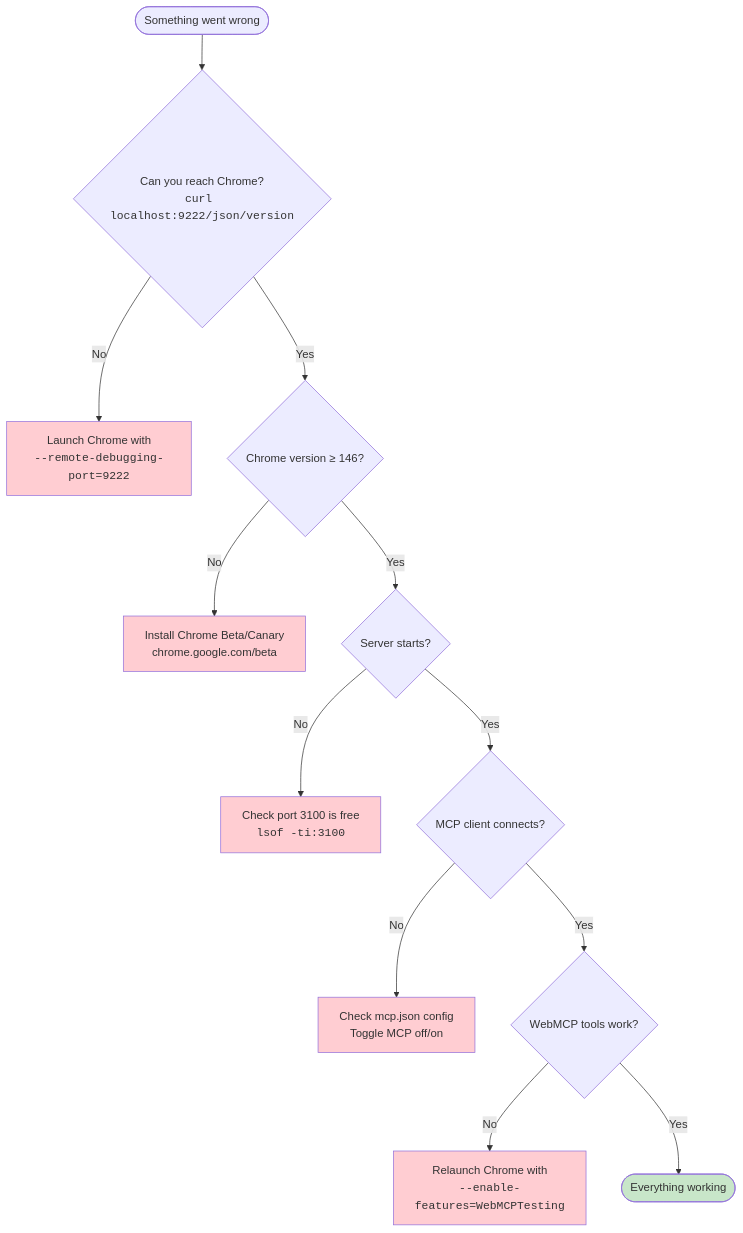
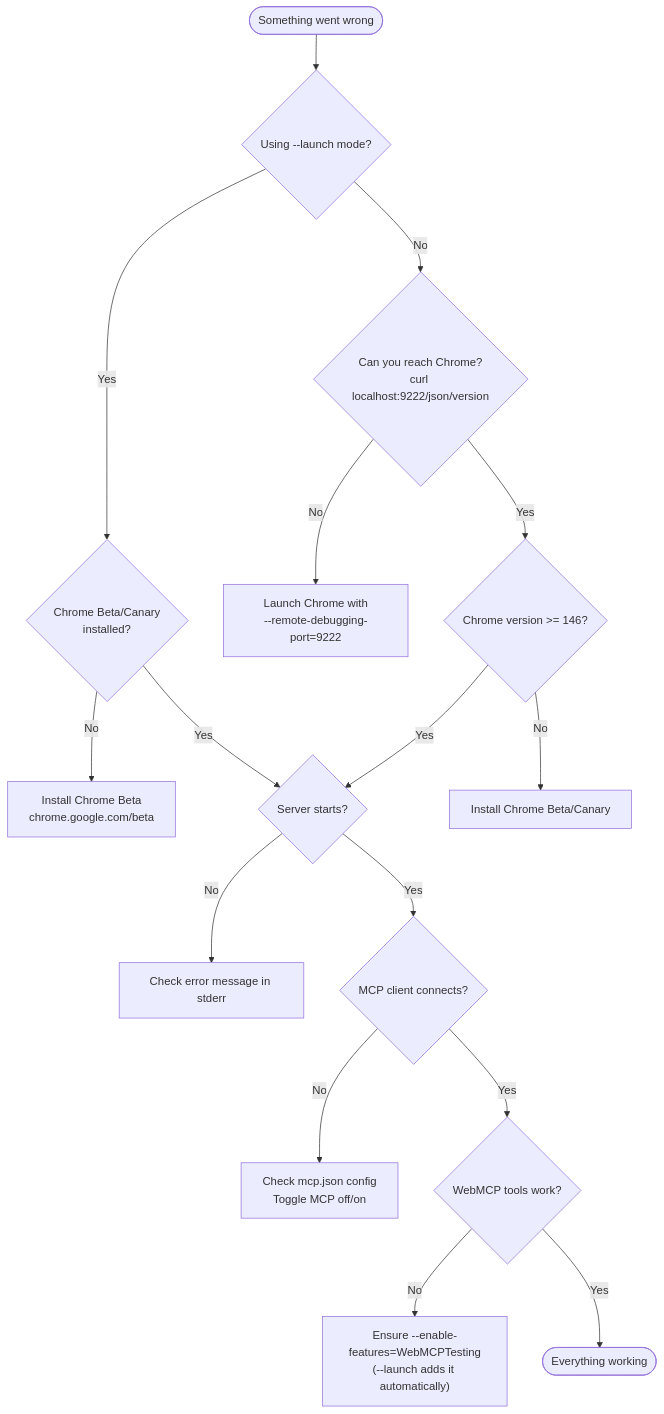
Before and after one commit to tech-sumit/ai-inspector-server: the fifth of 5 diagrams in README.md, drawn with Mermaid. The commit also changed other lines of this file and 12 other files, not shown here.

````diff
--- a/README.md
+++ b/README.md
@@ -478,21 +405,18 @@
 ```mermaid
 flowchart TD
-    Problem([Something went wrong]) --> Q1{"Can you reach Chrome?<br/><code>curl localhost:9222/json/version</code>"}
-    Q1 -- No --> F1["Launch Chrome with<br/><code>--remote-debugging-port=9222</code>"]
-    Q1 -- Yes --> Q2{"Chrome version ≥ 146?"}
-    Q2 -- No --> F2["Install Chrome Beta/Canary<br/>chrome.google.com/beta"]
+    Problem(["Something went wrong"]) --> Q0{"Using --launch mode?"}
+    Q0 -- Yes --> Q0a{"Chrome Beta/Canary<br/>installed?"}
+    Q0a -- No --> F0["Install Chrome Beta<br/>chrome.google.com/beta"]
+    Q0a -- Yes --> Q3
+    Q0 -- No --> Q1{"Can you reach Chrome?<br/>curl localhost:9222/json/version"}
+    Q1 -- No --> F1["Launch Chrome with<br/>--remote-debugging-port=9222"]
+    Q1 -- Yes --> Q2{"Chrome version >= 146?"}
+    Q2 -- No --> F2["Install Chrome Beta/Canary"]
     Q2 -- Yes --> Q3{"Server starts?"}
-    Q3 -- No --> F3["Check port 3100 is free<br/><code>lsof -ti:3100</code>"]
+    Q3 -- No --> F3["Check error message in stderr"]
     Q3 -- Yes --> Q4{"MCP client connects?"}
     Q4 -- No --> F4["Check mcp.json config<br/>Toggle MCP off/on"]
     Q4 -- Yes --> Q5{"WebMCP tools work?"}
-    Q5 -- No --> F5["Relaunch Chrome with<br/><code>--enable-features=WebMCPTesting</code>"]
+    Q5 -- No --> F5["Ensure --enable-features=WebMCPTesting<br/>(--launch adds it automatically)"]
     Q5 -- Yes --> OK(["Everything working"])
-
-    style F1 fill:#ffcdd2
-    style F2 fill:#ffcdd2
-    style F3 fill:#ffcdd2
-    style F4 fill:#ffcdd2
-    style F5 fill:#ffcdd2
-    style OK fill:#c8e6c9
 ```
````
